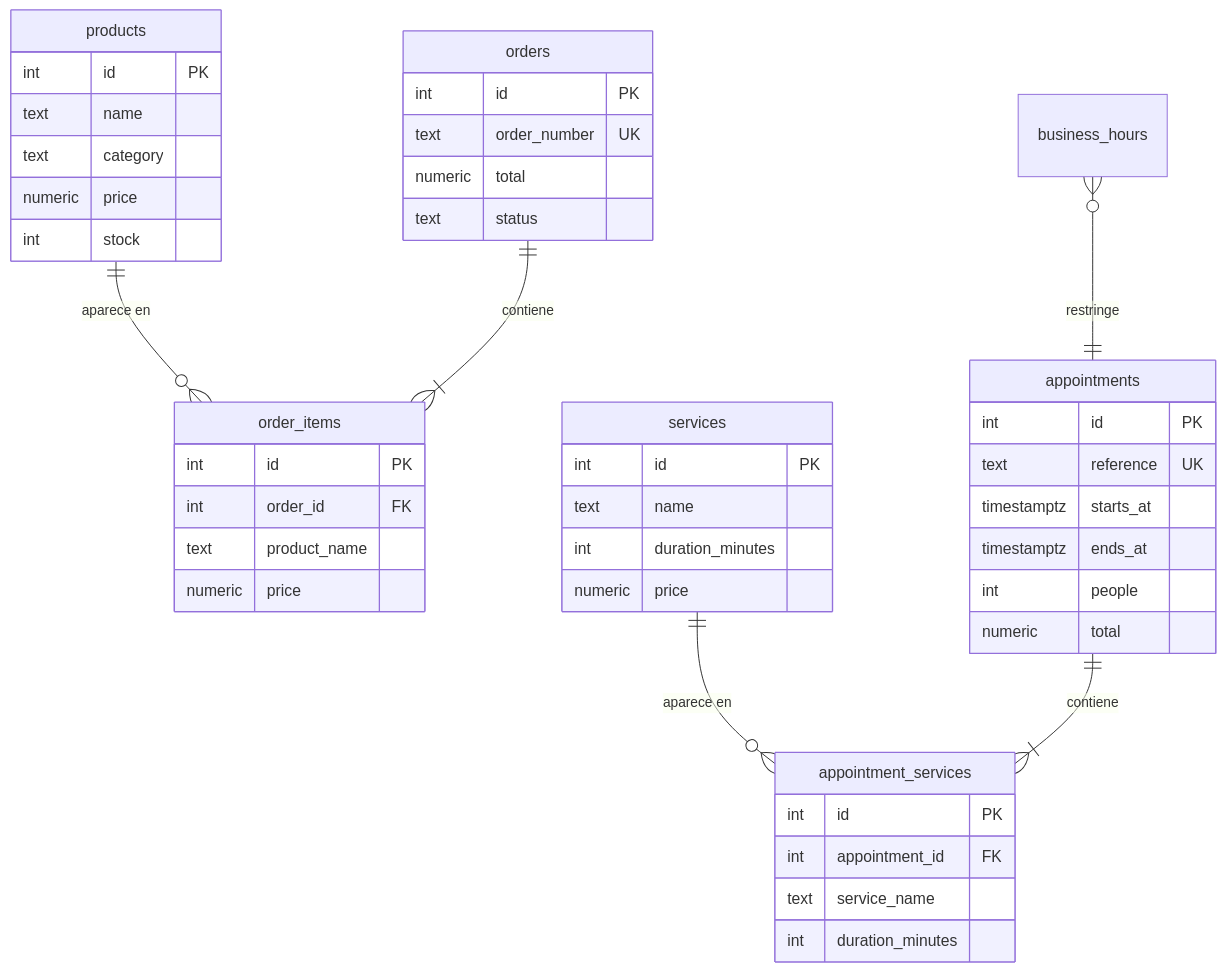
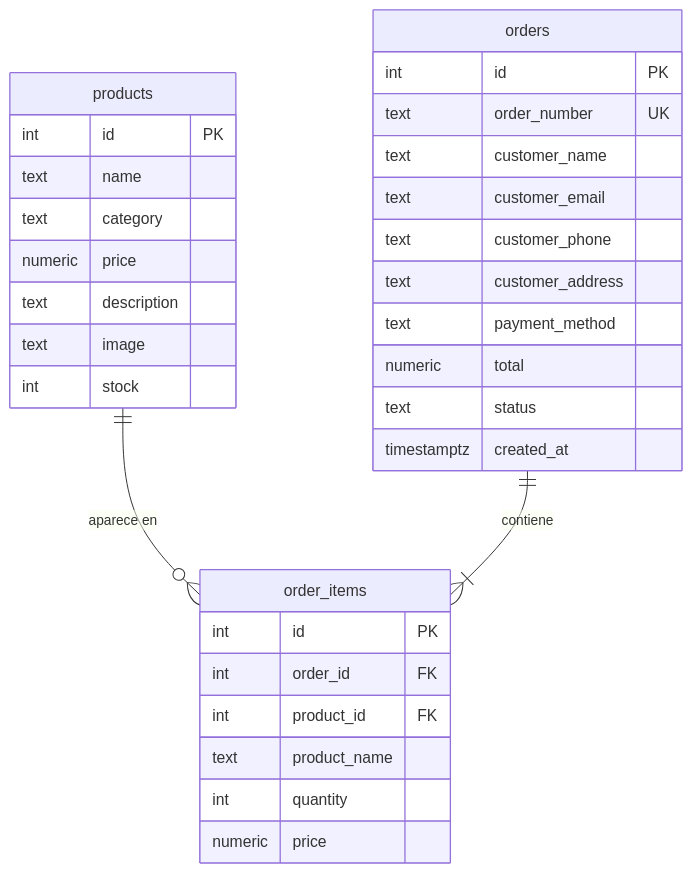
Before and after one commit to Alejandro-Paz05/Proyecto_ISW2: the sixth of 7 diagrams in docs/arquitectura.md, drawn with Mermaid. The commit also changed other lines of this file and 2 other files, not shown here.

````diff
--- a/docs/arquitectura.md
+++ b/docs/arquitectura.md
@@ -163,48 +185,35 @@
 ```mermaid
 erDiagram
     products ||--o{ order_items : "aparece en"
     orders ||--|{ order_items : contiene
-    services ||--o{ appointment_services : "aparece en"
-    appointments ||--|{ appointment_services : contiene
-    business_hours }o--|| appointments : "restringe"
 
     products {
         int id PK
         text name
         text category
         numeric price
+        text description
+        text image
         int stock
     }
     orders {
         int id PK
         text order_number UK
+        text customer_name
+        text customer_email
+        text customer_phone
+        text customer_address
+        text payment_method
         numeric total
         text status
+        timestamptz created_at
     }
     order_items {
         int id PK
         int order_id FK
+        int product_id FK
         text product_name
+        int quantity
         numeric price
     }
-    services {
-        int id PK
-        text name
-        int duration_minutes
-        numeric price
-    }
-    appointments {
-        int id PK
-        text reference UK
-        timestamptz starts_at
-        timestamptz ends_at
-        int people
-        numeric total
-    }
-    appointment_services {
-        int id PK
-        int appointment_id FK
-        text service_name
-        int duration_minutes
-    }
 ```
````
